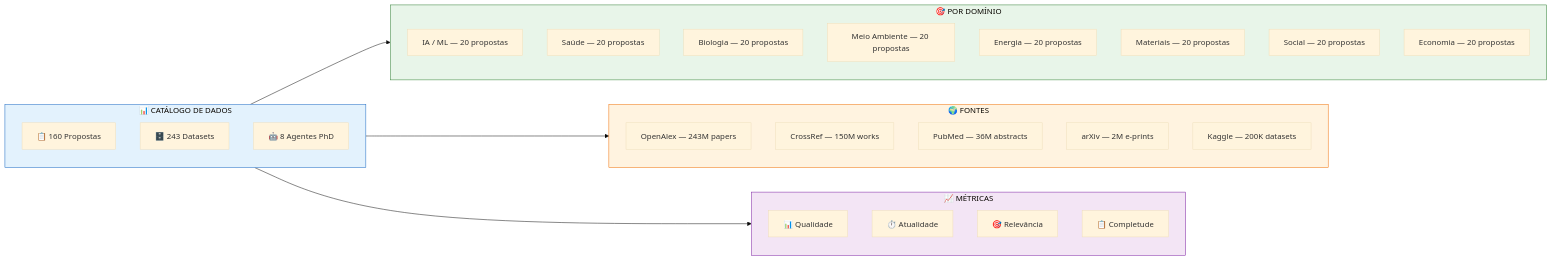
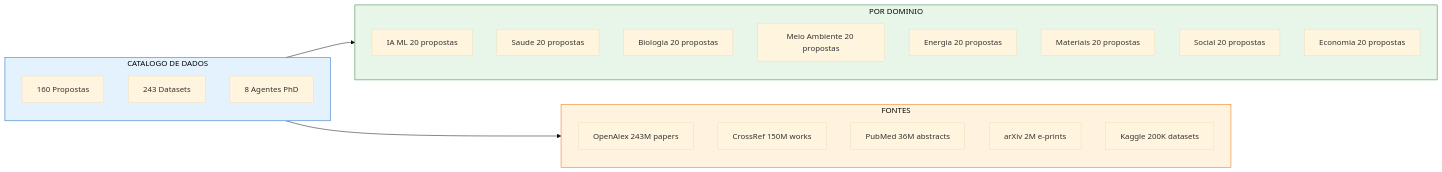
One commit to MarceloClaro/opencode-ecosystem-core changed diagram 20 of 22 in README.md. Above: the diagram before and after it, drawn with Mermaid (base theme). The commit also changed other lines of this file, not shown here.

````diff
--- a/README.md
+++ b/README.md
@@ -1327,46 +1202,34 @@
 ```mermaid
 flowchart LR
-    subgraph CATALOG ["📊 CATÁLOGO DE DADOS"]
-        PROP2["📋 160 Propostas"]
-        DS2["🗄️ 243 Datasets"]
-        AG2["🤖 8 Agentes PhD"]
+    subgraph CATALOG ["CATALOGO DE DADOS"]
+        PROP["160 Propostas"]
+        DS["243 Datasets"]
+        AG["8 Agentes PhD"]
     end
 
-    subgraph DOMAINS2 ["🎯 POR DOMÍNIO"]
-        direction TB
-        AI2["IA / ML — 20 propostas"]
-        HEALTH2["Saúde — 20 propostas"]
-        BIO2["Biologia — 20 propostas"]
-        ENV2["Meio Ambiente — 20 propostas"]
-        ENERGY2["Energia — 20 propostas"]
-        MATERIAL2["Materiais — 20 propostas"]
-        SOCIAL2["Social — 20 propostas"]
-        ECON2["Economia — 20 propostas"]
+    subgraph DOMAINS ["POR DOMINIO"]
+        AI["IA ML 20 propostas"]
+        HEALTH["Saude 20 propostas"]
+        BIO["Biologia 20 propostas"]
+        ENV["Meio Ambiente 20 propostas"]
+        ENERGY["Energia 20 propostas"]
+        MATERIAL["Materiais 20 propostas"]
+        SOCIAL["Social 20 propostas"]
+        ECON["Economia 20 propostas"]
     end
 
-    subgraph SOURCES2 ["🌍 FONTES"]
-        direction TB
-        OA4["OpenAlex — 243M papers"]
-        CR4["CrossRef — 150M works"]
-        PM4["PubMed — 36M abstracts"]
-        AR4["arXiv — 2M e-prints"]
-        KG4["Kaggle — 200K datasets"]
+    subgraph SOURCES2 ["FONTES"]
+        OA2["OpenAlex 243M papers"]
+        CR2["CrossRef 150M works"]
+        PM2["PubMed 36M abstracts"]
+        AR2["arXiv 2M e-prints"]
+        KG2["Kaggle 200K datasets"]
     end
 
-    subgraph METRICS3 ["📈 MÉTRICAS"]
-        direction TB
-        M2["📊 Qualidade"]
-        M3["⏱️ Atualidade"]
-        M4["🎯 Relevância"]
-        M5["📋 Completude"]
-    end
-
-    CATALOG --> DOMAINS2
+    CATALOG --> DOMAINS
     CATALOG --> SOURCES2
-    CATALOG --> METRICS3
 
     style CATALOG fill:#e3f2fd,stroke:#1565c0
-    style DOMAINS2 fill:#e8f5e9,stroke:#2e7d32
+    style DOMAINS fill:#e8f5e9,stroke:#2e7d32
     style SOURCES2 fill:#fff3e0,stroke:#ef6c00
-    style METRICS3 fill:#f3e5f5,stroke:#7b1fa2
 ```
````
